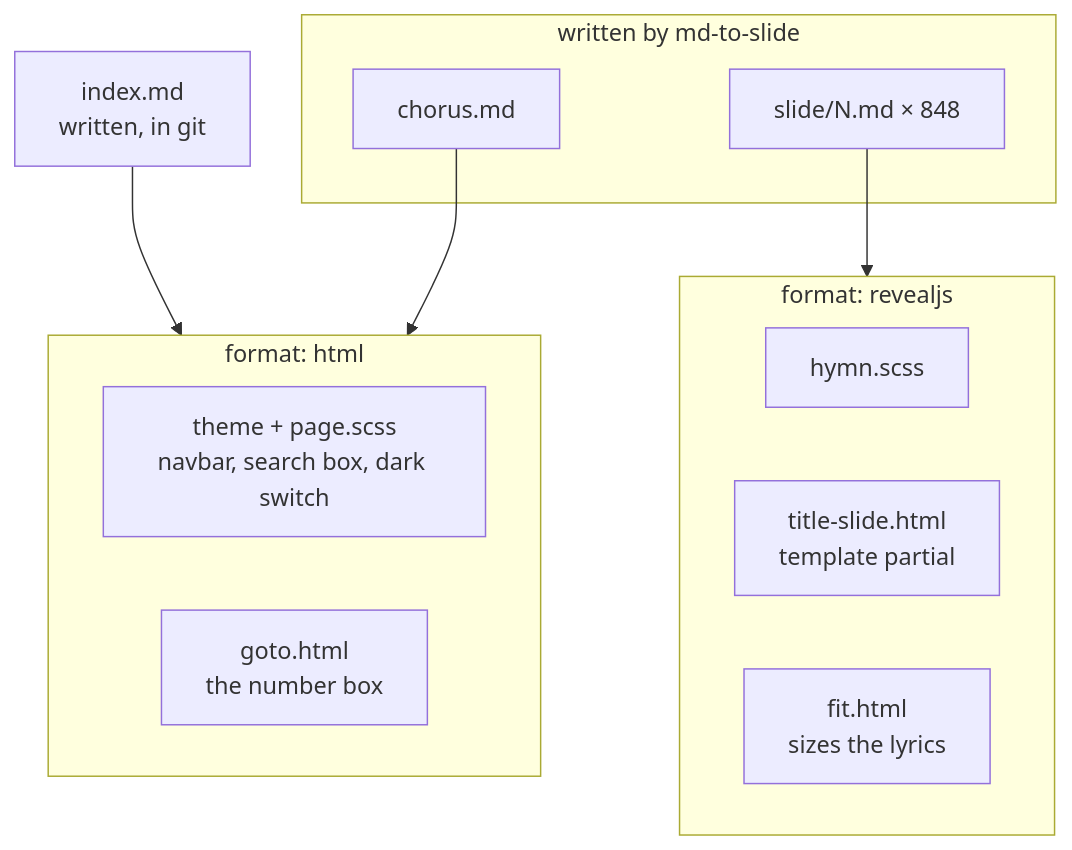
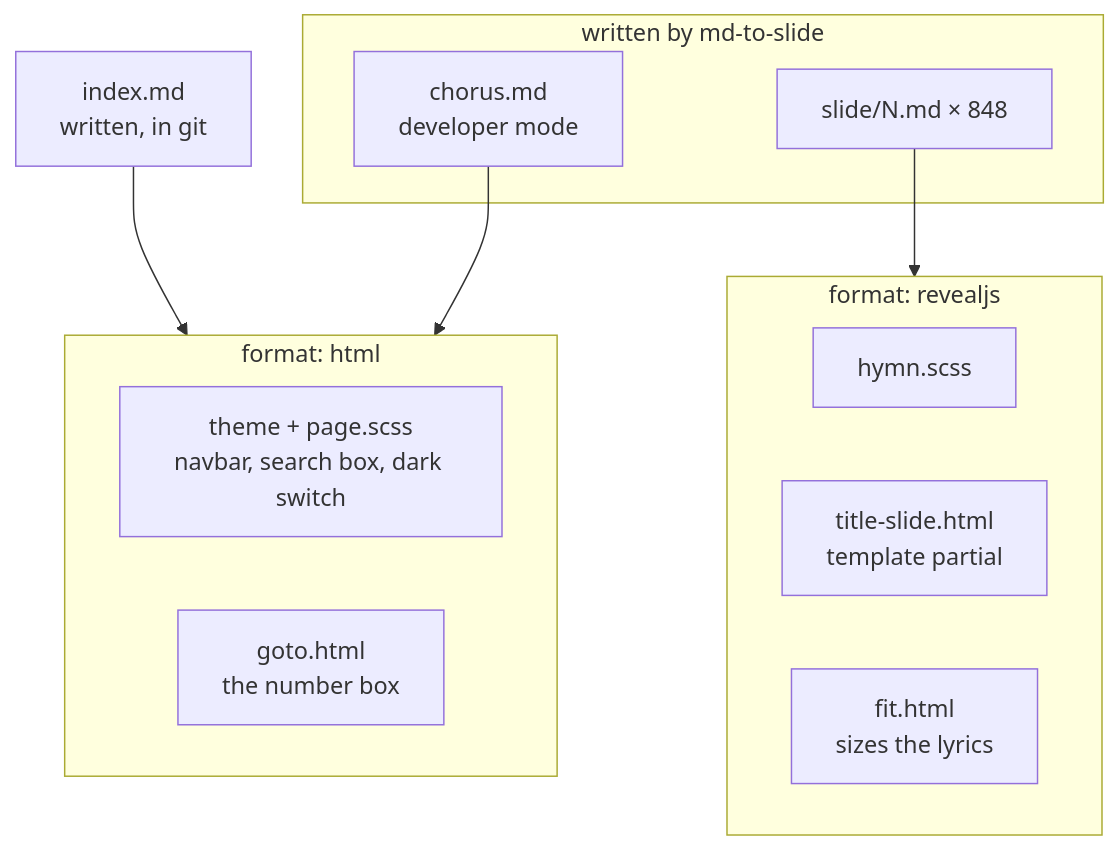
The second of 3 diagrams in DEVELOPER.md (ickc/selected-hymns-ng), drawn with Mermaid before and after one commit. The commit also changed other lines of this file and 6 other files, not shown here.

````diff
--- a/DEVELOPER.md
+++ b/DEVELOPER.md
@@ -72,24 +74,24 @@
 ```mermaid
 flowchart TD
   idx["index.md<br/>written, in git"]
 
   subgraph gen["written by md-to-slide"]
-    chr["chorus.md"]
+    chr["chorus.md<br/>developer mode"]
     dck["slide/N.md × 848"]
   end
 
   subgraph fmt_html["format: html"]
     theme["theme + page.scss<br/>navbar, search box, dark switch"]
     goto["goto.html<br/>the number box"]
   end
 
   subgraph fmt_reveal["format: revealjs"]
     scss["hymn.scss"]
     tsl["title-slide.html<br/>template partial"]
     fit["fit.html<br/>sizes the lyrics"]
   end
 
   idx --> fmt_html
   chr --> fmt_html
   dck --> fmt_reveal
 ```
````
